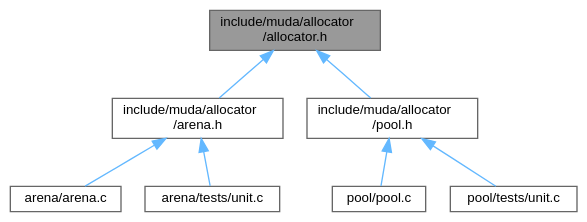
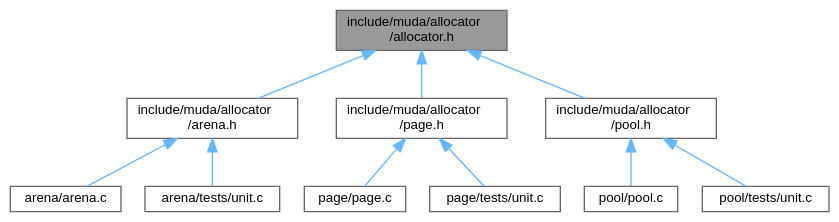
Before and after one commit to segfreak/muda: the diagram in docs/d5/d8f/allocator_8h__dep__incl.dot, drawn with Graphviz. The commit also changed 154 other files, not shown here.

```diff
--- a/docs/d5/d8f/allocator_8h__dep__incl.dot
+++ b/docs/d5/d8f/allocator_8h__dep__incl.dot
@@ -1,20 +1,26 @@
 digraph "include/muda/allocator/allocator.h"
 {
  // LATEX_PDF_SIZE
   bgcolor="transparent";
   edge [fontname=Helvetica,fontsize=10,labelfontname=Helvetica,labelfontsize=10];
   node [fontname=Helvetica,fontsize=10,shape=box,height=0.2,width=0.4];
   Node1 [id="Node000001",label="include/muda/allocator\l/allocator.h",height=0.2,width=0.4,color="gray40", fillcolor="grey60", style="filled", fontcolor="black",tooltip="Custom allocator function type definitions for MUDA."];
   Node1 -> Node2 [id="edge1_Node000001_Node000002",dir="back",color="steelblue1",style="solid",tooltip=" "];
   Node2 [id="Node000002",label="include/muda/allocator\l/arena.h",height=0.2,width=0.4,color="grey40", fillcolor="white", style="filled",URL="$da/d0c/arena_8h.html",tooltip="Arena-style memory allocator."];
   Node2 -> Node3 [id="edge2_Node000002_Node000003",dir="back",color="steelblue1",style="solid",tooltip=" "];
   Node3 [id="Node000003",label="arena/arena.c",height=0.2,width=0.4,color="grey40", fillcolor="white", style="filled",URL="$de/d6c/arena_8c.html",tooltip=" "];
   Node2 -> Node4 [id="edge3_Node000002_Node000004",dir="back",color="steelblue1",style="solid",tooltip=" "];
   Node4 [id="Node000004",label="arena/tests/unit.c",height=0.2,width=0.4,color="grey40", fillcolor="white", style="filled",URL="$d1/d84/arena_2tests_2unit_8c.html",tooltip=" "];
   Node1 -> Node5 [id="edge4_Node000001_Node000005",dir="back",color="steelblue1",style="solid",tooltip=" "];
-  Node5 [id="Node000005",label="include/muda/allocator\l/pool.h",height=0.2,width=0.4,color="grey40", fillcolor="white", style="filled",URL="$db/db7/pool_8h.html",tooltip="Fixed-size block memory pool allocator."];
+  Node5 [id="Node000005",label="include/muda/allocator\l/page.h",height=0.2,width=0.4,color="grey40", fillcolor="white", style="filled",URL="$de/dad/page_8h.html",tooltip="Page-based memory allocator with fixed-size pages."];
   Node5 -> Node6 [id="edge5_Node000005_Node000006",dir="back",color="steelblue1",style="solid",tooltip=" "];
-  Node6 [id="Node000006",label="pool/pool.c",height=0.2,width=0.4,color="grey40", fillcolor="white", style="filled",URL="$d4/de5/pool_8c.html",tooltip=" "];
+  Node6 [id="Node000006",label="page/page.c",height=0.2,width=0.4,color="grey40", fillcolor="white", style="filled",URL="$da/d41/page_8c.html",tooltip=" "];
   Node5 -> Node7 [id="edge6_Node000005_Node000007",dir="back",color="steelblue1",style="solid",tooltip=" "];
-  Node7 [id="Node000007",label="pool/tests/unit.c",height=0.2,width=0.4,color="grey40", fillcolor="white", style="filled",URL="$de/d12/pool_2tests_2unit_8c.html",tooltip=" "];
+  Node7 [id="Node000007",label="page/tests/unit.c",height=0.2,width=0.4,color="grey40", fillcolor="white", style="filled",URL="$d4/d0a/page_2tests_2unit_8c.html",tooltip=" "];
+  Node1 -> Node8 [id="edge7_Node000001_Node000008",dir="back",color="steelblue1",style="solid",tooltip=" "];
+  Node8 [id="Node000008",label="include/muda/allocator\l/pool.h",height=0.2,width=0.4,color="grey40", fillcolor="white", style="filled",URL="$db/db7/pool_8h.html",tooltip="Fixed-size block memory pool allocator."];
+  Node8 -> Node9 [id="edge8_Node000008_Node000009",dir="back",color="steelblue1",style="solid",tooltip=" "];
+  Node9 [id="Node000009",label="pool/pool.c",height=0.2,width=0.4,color="grey40", fillcolor="white", style="filled",URL="$d4/de5/pool_8c.html",tooltip=" "];
+  Node8 -> Node10 [id="edge9_Node000008_Node000010",dir="back",color="steelblue1",style="solid",tooltip=" "];
+  Node10 [id="Node000010",label="pool/tests/unit.c",height=0.2,width=0.4,color="grey40", fillcolor="white", style="filled",URL="$de/d12/pool_2tests_2unit_8c.html",tooltip=" "];
 }
```
